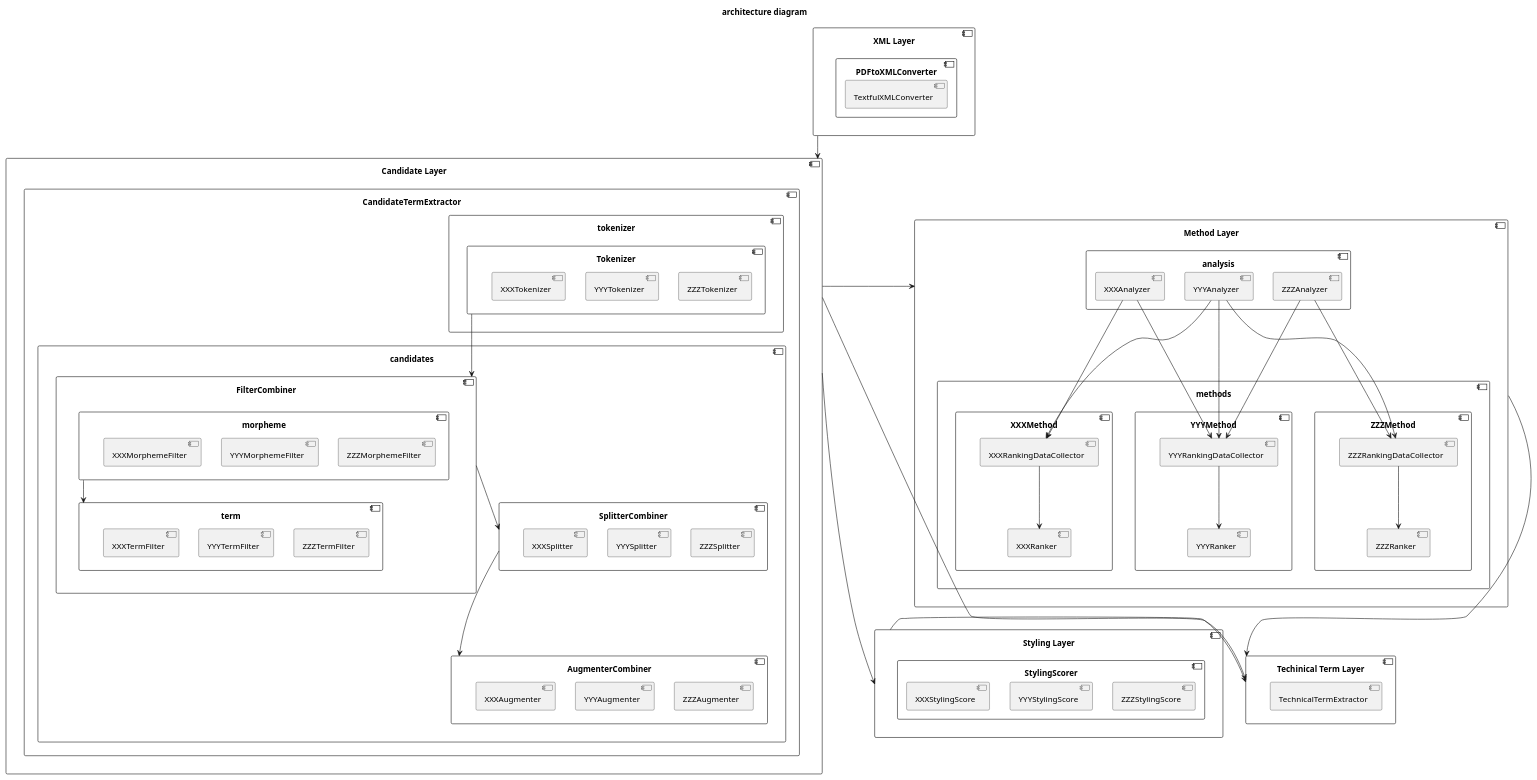
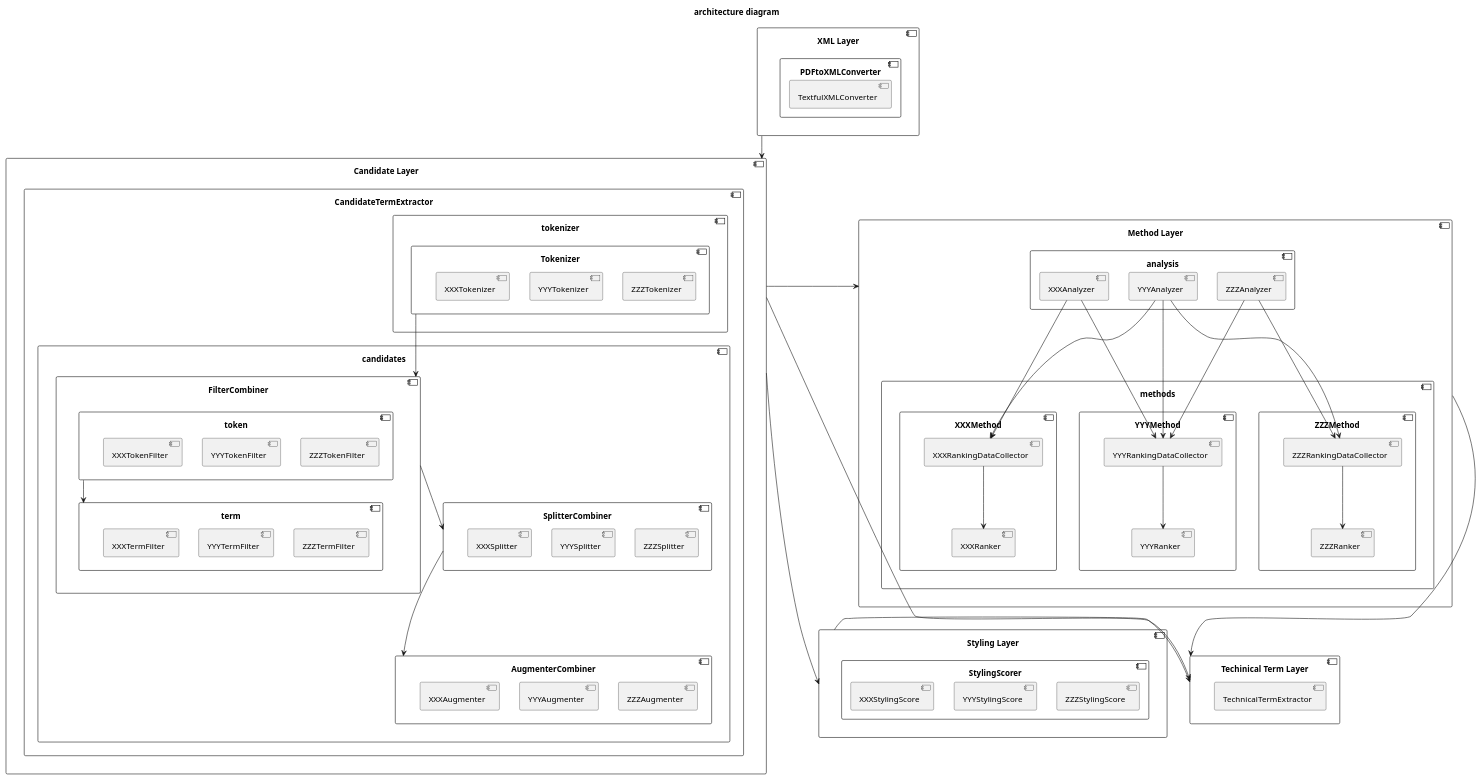
Before and after one commit to kumachan-mis/py-pdf-term: the diagram in docs/plantuml/architecture.puml, drawn with PlantUML. The commit also changed 82 other files, not shown here.

Commit message:
refactor: morpheme to token (#130)

```diff
--- a/docs/plantuml/architecture.puml
+++ b/docs/plantuml/architecture.puml
@@ -1,139 +1,139 @@
 @startuml
 title "architecture diagram"
 
 component "XML Layer" as XMLLayer {
     component PDFtoXMLConverter {
         component TextfulXMLConverter
     }
 }
 
 component "Candidate Layer" as CandidateLayer {
     component CandidateTermExtractor {
         component tokenizer {
             component Tokenizer {
                 component XXXTokenizer
                 component YYYTokenizer
                 component ZZZTokenizer
 
                 XXXTokenizer -[hidden]right- YYYTokenizer
                 YYYTokenizer -[hidden]right- ZZZTokenizer
             }
         }
 
         component candidates {
             component FilterCombiner {
-                component morpheme {
-                    component XXXMorphemeFilter
-                    component YYYMorphemeFilter
-                    component ZZZMorphemeFilter
+                component token {
+                    component XXXTokenFilter
+                    component YYYTokenFilter
+                    component ZZZTokenFilter
 
-                    XXXMorphemeFilter -[hidden]right- YYYMorphemeFilter
-                    YYYMorphemeFilter -[hidden]right- ZZZMorphemeFilter
+                    XXXTokenFilter -[hidden]right- YYYTokenFilter
+                    YYYTokenFilter -[hidden]right- ZZZTokenFilter
                 }
 
                 component term {
                     component XXXTermFilter
                     component YYYTermFilter
                     component ZZZTermFilter
 
                     XXXTermFilter -[hidden]right- YYYTermFilter
                     YYYTermFilter -[hidden]right- ZZZTermFilter
                 }
-                morpheme -down-> term
+                token -down-> term
             }
 
             component SplitterCombiner {
                 component XXXSplitter
                 component YYYSplitter
                 component ZZZSplitter
 
                 XXXSplitter -[hidden]right- YYYSplitter
                 YYYSplitter -[hidden]right- ZZZSplitter
             }
 
             component AugmenterCombiner {
                 component XXXAugmenter
                 component YYYAugmenter
                 component ZZZAugmenter
 
                 XXXAugmenter -[hidden]right- YYYAugmenter
                 YYYAugmenter -[hidden]right- ZZZAugmenter
             }
         }
     }
     Tokenizer -down-> FilterCombiner
     FilterCombiner -down-> SplitterCombiner
     SplitterCombiner -down-> AugmenterCombiner
     
 }
 
 component "Method Layer" as MethodLayer {
     component analysis {
         component XXXAnalyzer
         component YYYAnalyzer
         component ZZZAnalyzer
 
         XXXAnalyzer -[hidden]right- YYYAnalyzer
         YYYAnalyzer -[hidden]right- ZZZAnalyzer
     }
 
     component methods {
         component XXXMethod {
             component XXXRankingDataCollector
             component XXXRanker
 
             XXXRankingDataCollector -down-> XXXRanker
         }
 
         component YYYMethod {
             component YYYRankingDataCollector
             component YYYRanker
 
             YYYRankingDataCollector -down-> YYYRanker
         }
 
         component ZZZMethod {
             component ZZZRankingDataCollector
             component ZZZRanker
 
             ZZZRankingDataCollector -down-> ZZZRanker
         }
 
         XXXMethod -[hidden]right- YYYMethod
         YYYMethod -[hidden]right- ZZZMethod
     }
 
     XXXAnalyzer -down-> XXXRankingDataCollector
     YYYAnalyzer -down-> XXXRankingDataCollector
     XXXAnalyzer -down-> YYYRankingDataCollector
     YYYAnalyzer -down-> YYYRankingDataCollector
     ZZZAnalyzer -down-> YYYRankingDataCollector
     YYYAnalyzer -down-> ZZZRankingDataCollector
     ZZZAnalyzer -down-> ZZZRankingDataCollector
 }
 
 component "Styling Layer" as StylingLayer {
     component StylingScorer {
         component XXXStylingScore
         component YYYStylingScore
         component ZZZStylingScore
 
         XXXStylingScore -[hidden]right- YYYStylingScore
         YYYStylingScore -[hidden]right- ZZZStylingScore
     }
 }
 
 component "Techinical Term Layer" as TechinicalTermLayer {
     component TechnicalTermExtractor
 }
 
 XMLLayer -down-> CandidateLayer
 CandidateLayer -right-> MethodLayer
 CandidateLayer -down-> StylingLayer
 CandidateLayer -down-> TechinicalTermLayer
 MethodLayer -down-> TechinicalTermLayer
 StylingLayer -right-> TechinicalTermLayer
 
 MethodLayer ---[hidden]down- StylingLayer
 
 @enduml
```
